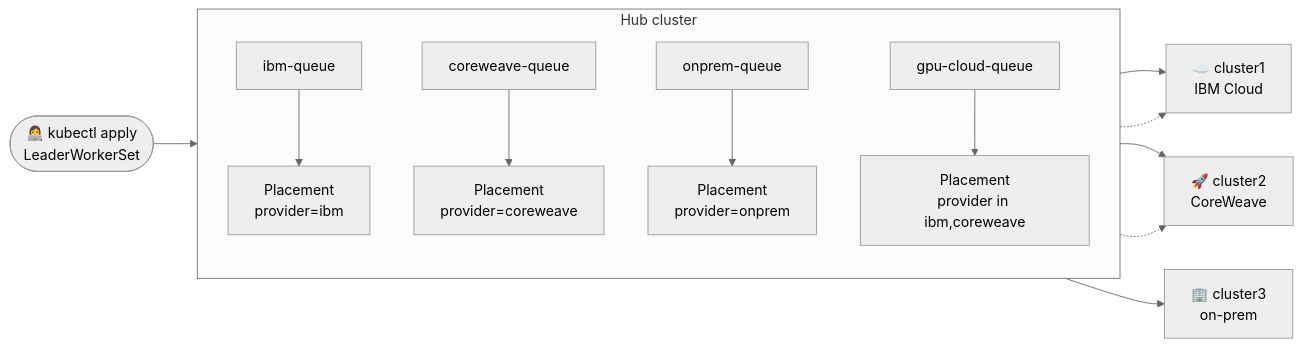
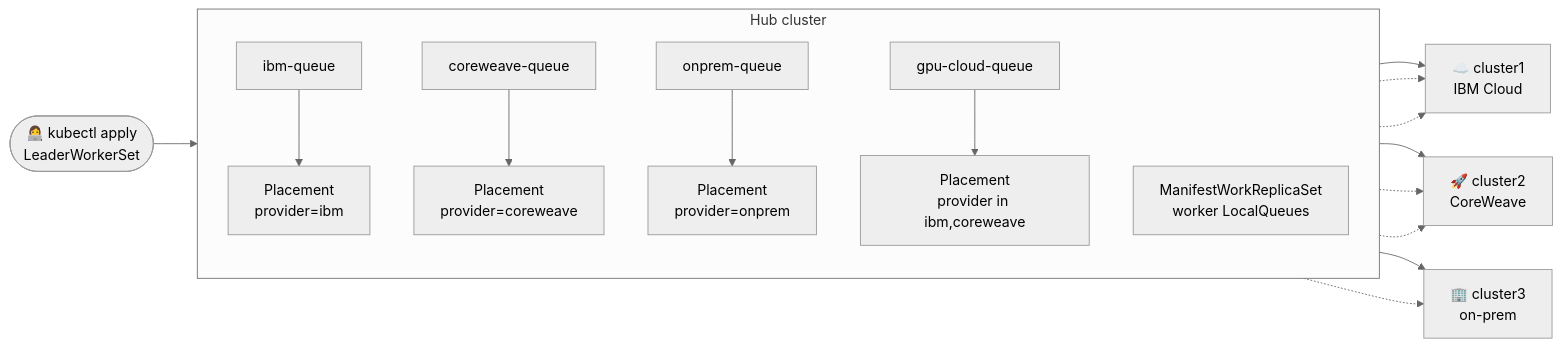
Before and after one commit to kannon92/addon-contrib: the diagram in kueue-addon/examples/lws-multi-provider/README.md, drawn with Mermaid (neutral theme). The commit also changed other lines of this file and 5 other files, not shown here.

First line of the commit message:
examples: Use OCM for worker queues and cluster onboarding

````diff
--- a/kueue-addon/examples/lws-multi-provider/README.md
+++ b/kueue-addon/examples/lws-multi-provider/README.md
@@ -34,18 +35,20 @@
 ```mermaid
 flowchart LR
     U([👩‍💻 kubectl apply<br/>LeaderWorkerSet]) --> HUB
 
     subgraph HUB[Hub cluster]
       direction TB
       Q1[ibm-queue] --> P1[Placement<br/>provider=ibm]
       Q2[coreweave-queue] --> P2[Placement<br/>provider=coreweave]
       Q3[onprem-queue] --> P3[Placement<br/>provider=onprem]
       Q4[gpu-cloud-queue] --> P4[Placement<br/>provider in ibm,coreweave]
+      MW[ManifestWorkReplicaSet<br/>worker LocalQueues]
     end
 
     P1 --> C1[☁️ cluster1<br/>IBM Cloud]
     P2 --> C2[🚀 cluster2<br/>CoreWeave]
     P3 --> C3[🏢 cluster3<br/>on-prem]
     P4 -.-> C1
     P4 -.-> C2
+    MW -.-> C1 & C2 & C3
 ```
````
